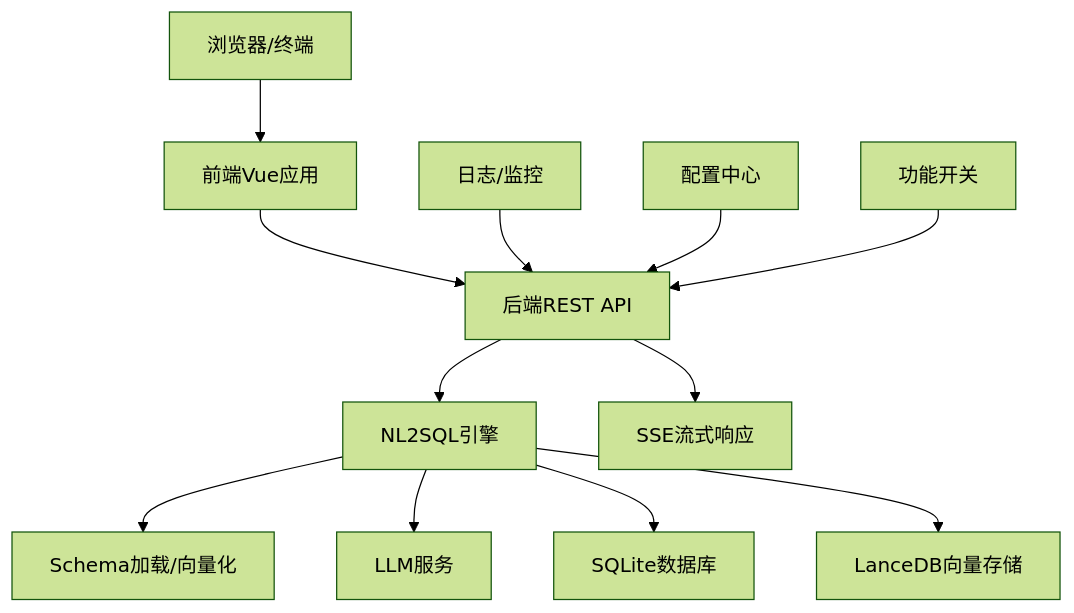
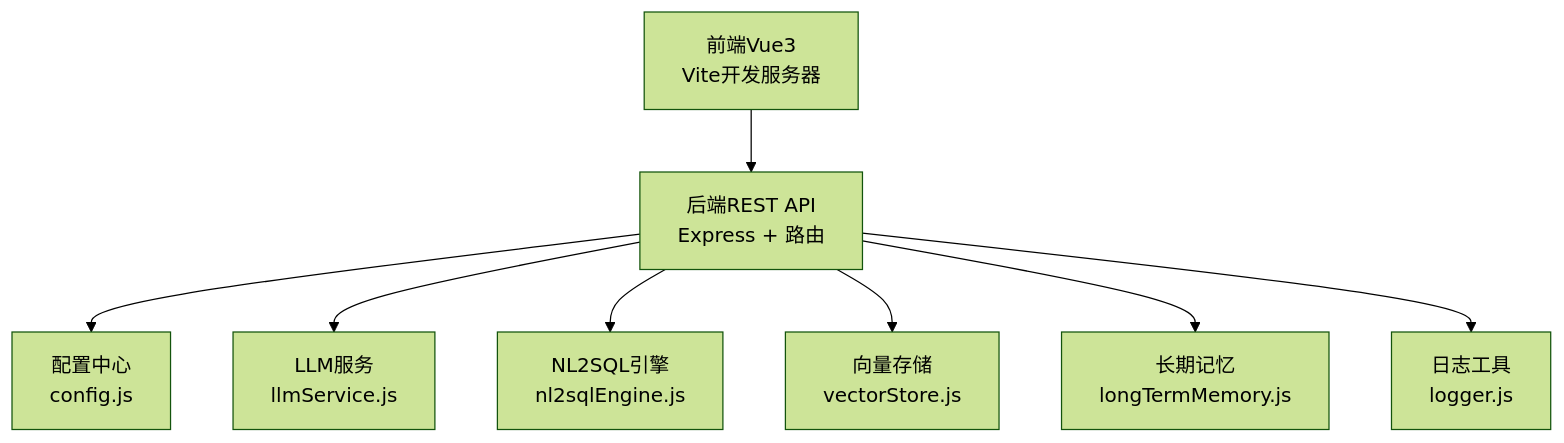
The second of 5 diagrams in NL2SQL/.qoder/repowiki/zh/content/系统架构/系统架构.md (HanHuiOnLine/724-office), drawn with Mermaid (forest theme) before and after one commit. The commit also changed other lines of this file and 207 other files, not shown here.

````diff
--- a/NL2SQL/.qoder/repowiki/zh/content/系统架构/系统架构.md
+++ b/NL2SQL/.qoder/repowiki/zh/content/系统架构/系统架构.md
@@ -147,14 +139,18 @@
 ```mermaid
 graph TB
-Client["浏览器/终端"] --> FE["前端Vue应用"]
-FE --> API["后端REST API"]
-API --> Engine["NL2SQL引擎"]
-Engine --> Schema["Schema加载/向量化"]
-Engine --> LLM["LLM服务"]
-Engine --> DB["SQLite数据库"]
-Engine --> Vector["LanceDB向量存储"]
-API --> SSE["SSE流式响应"]
-Monitor["日志/监控"] --> API
-Config["配置中心"] --> API
-Flags["功能开关"] --> API
+FE["前端Vue3<br/>Vite开发服务器"]
+API["后端REST API<br/>Express + 路由"]
+LLM["LLM服务<br/>llmService.js"]
+NLP["NL2SQL引擎<br/>nl2sqlEngine.js"]
+VEC["向量存储<br/>vectorStore.js"]
+LTM["长期记忆<br/>longTermMemory.js"]
+CFG["配置中心<br/>config.js"]
+LOG["日志工具<br/>logger.js"]
+FE --> API
+API --> CFG
+API --> LLM
+API --> NLP
+API --> VEC
+API --> LTM
+API --> LOG
 ```
````
